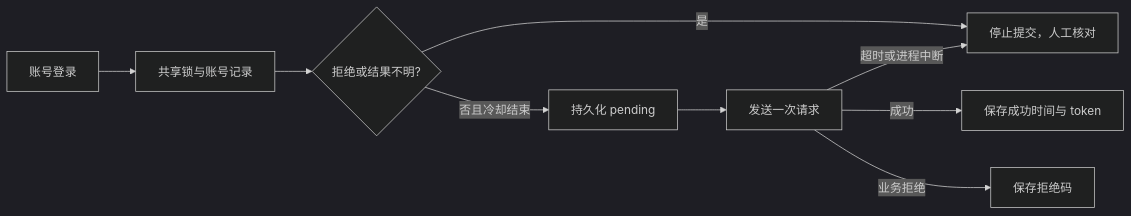
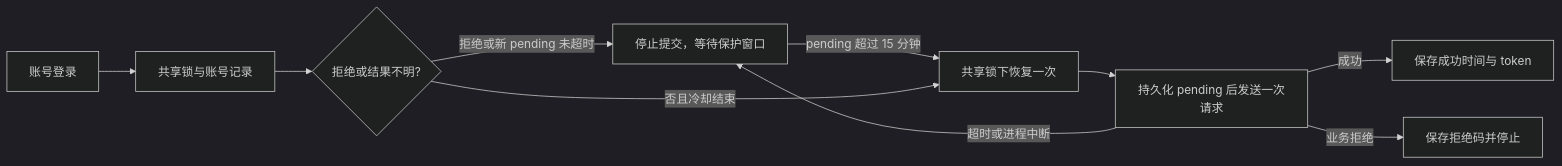
One commit to 1420970597/ai_football changed the diagram in docs/HANDOVER.md. Above: the diagram before and after it, drawn with Mermaid (dark theme). The commit also changed other lines of this file and 4 other files, not shown here.

````diff
--- a/docs/HANDOVER.md
+++ b/docs/HANDOVER.md
@@ -343,11 +343,12 @@
 ```mermaid
 flowchart LR
     A[账号登录] --> B[共享锁与账号记录]
     B --> C{拒绝或结果不明?}
-    C -->|是| D[停止提交，人工核对]
-    C -->|否且冷却结束| E[持久化 pending]
-    E --> F[发送一次请求]
+    C -->|拒绝或新 pending 未超时| D[停止提交，等待保护窗口]
+    D -->|pending 超过 15 分钟| E[共享锁下恢复一次]
+    C -->|否且冷却结束| E
+    E --> F[持久化 pending 后发送一次请求]
     F -->|成功| G[保存成功时间与 token]
-    F -->|业务拒绝| H[保存拒绝码]
+    F -->|业务拒绝| H[保存拒绝码并停止]
     F -->|超时或进程中断| D
 ```
````
